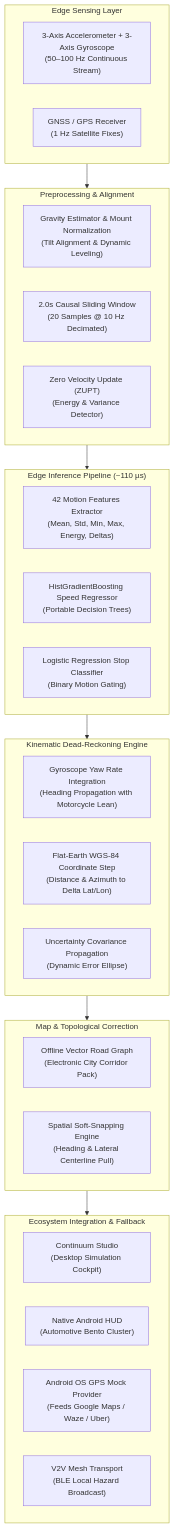
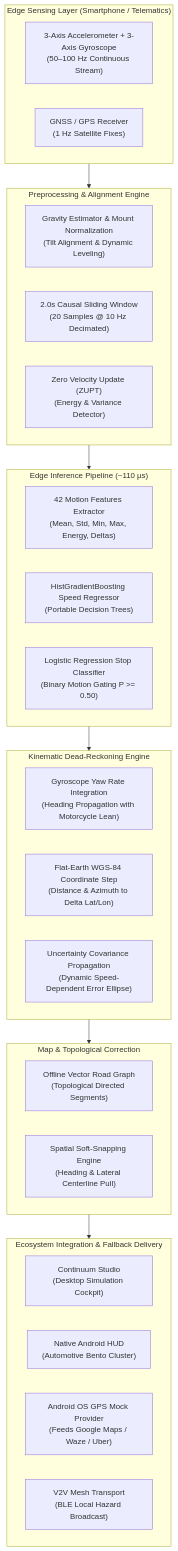
The first of 13 diagrams in docs/ARCHITECTURE.md (DevKano98/SIH168-Dead-Reconing), drawn with Mermaid before and after one commit. The commit also changed other lines of this file and 5 other files, not shown here.

Commit message:
docs: enrich architecture diagrams, detail system interactions, and fix KaTeX math mode rendering

````diff
--- a/docs/ARCHITECTURE.md
+++ b/docs/ARCHITECTURE.md
@@ -14,43 +35,43 @@
 ```mermaid
 flowchart TD
-    subgraph SENSORS["Edge Sensing Layer"]
+    subgraph SENSORS["Edge Sensing Layer (Smartphone / Telematics)"]
         IMU["3-Axis Accelerometer + 3-Axis Gyroscope\n(50–100 Hz Continuous Stream)"]
         GNSS["GNSS / GPS Receiver\n(1 Hz Satellite Fixes)"]
     end
 
-    subgraph PREPROC["Preprocessing & Alignment"]
+    subgraph PREPROC["Preprocessing & Alignment Engine"]
         GRAV["Gravity Estimator & Mount Normalization\n(Tilt Alignment & Dynamic Leveling)"]
         WIN["2.0s Causal Sliding Window\n(20 Samples @ 10 Hz Decimated)"]
         ZUPT["Zero Velocity Update (ZUPT)\n(Energy & Variance Detector)"]
     end
 
     subgraph INFERENCE["Edge Inference Pipeline (~110 µs)"]
         FEAT["42 Motion Features Extractor\n(Mean, Std, Min, Max, Energy, Deltas)"]
         TREES["HistGradientBoosting Speed Regressor\n(Portable Decision Trees)"]
-        STOP["Logistic Regression Stop Classifier\n(Binary Motion Gating)"]
+        STOP["Logistic Regression Stop Classifier\n(Binary Motion Gating P >= 0.50)"]
     end
 
     subgraph NAVIGATION["Kinematic Dead-Reckoning Engine"]
         YAW["Gyroscope Yaw Rate Integration\n(Heading Propagation with Motorcycle Lean)"]
         FLAT["Flat-Earth WGS-84 Coordinate Step\n(Distance & Azimuth to Delta Lat/Lon)"]
-        UNCERT["Uncertainty Covariance Propagation\n(Dynamic Error Ellipse)"]
+        UNCERT["Uncertainty Covariance Propagation\n(Dynamic Speed-Dependent Error Ellipse)"]
     end
 
     subgraph CORRECTION["Map & Topological Correction"]
-        ROAD["Offline Vector Road Graph\n(Electronic City Corridor Pack)"]
+        ROAD["Offline Vector Road Graph\n(Topological Directed Segments)"]
         MATCH["Spatial Soft-Snapping Engine\n(Heading & Lateral Centerline Pull)"]
     end
 
-    subgraph OUTPUTS["Ecosystem Integration & Fallback"]
+    subgraph OUTPUTS["Ecosystem Integration & Fallback Delivery"]
         STUDIO["Continuum Studio\n(Desktop Simulation Cockpit)"]
         ANDROID_UI["Native Android HUD\n(Automotive Bento Cluster)"]
         MOCK_GPS["Android OS GPS Mock Provider\n(Feeds Google Maps / Waze / Uber)"]
         BLE["V2V Mesh Transport\n(BLE Local Hazard Broadcast)"]
     end
 
     SENSORS --> PREPROC
     PREPROC --> INFERENCE
     INFERENCE --> NAVIGATION
     NAVIGATION --> CORRECTION
     CORRECTION --> OUTPUTS
 ```
````
